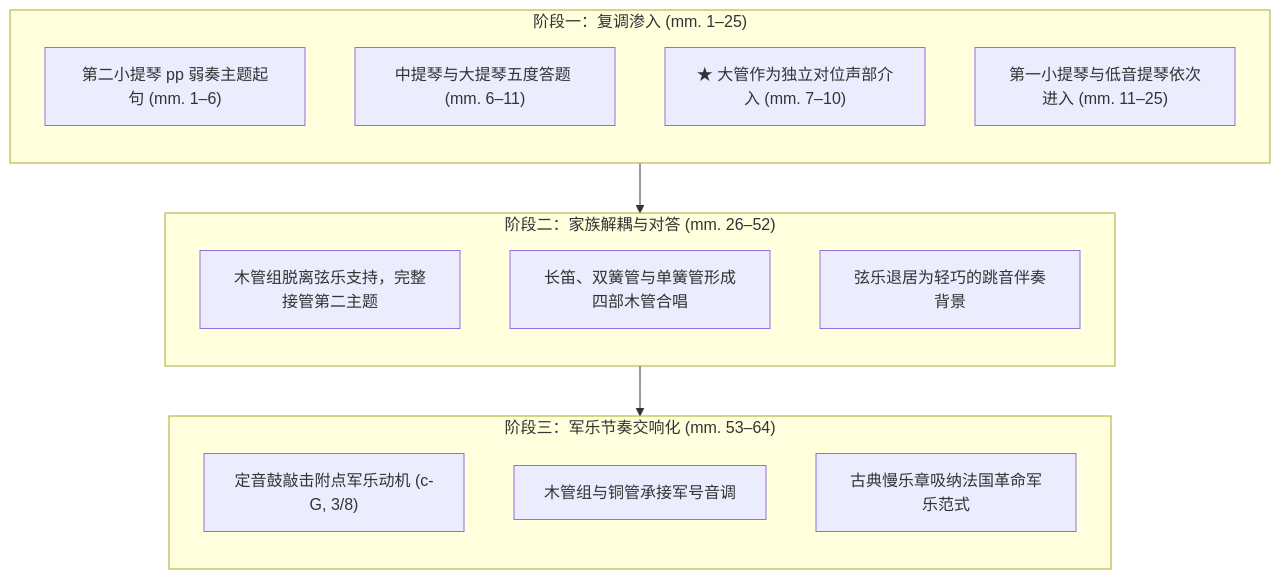
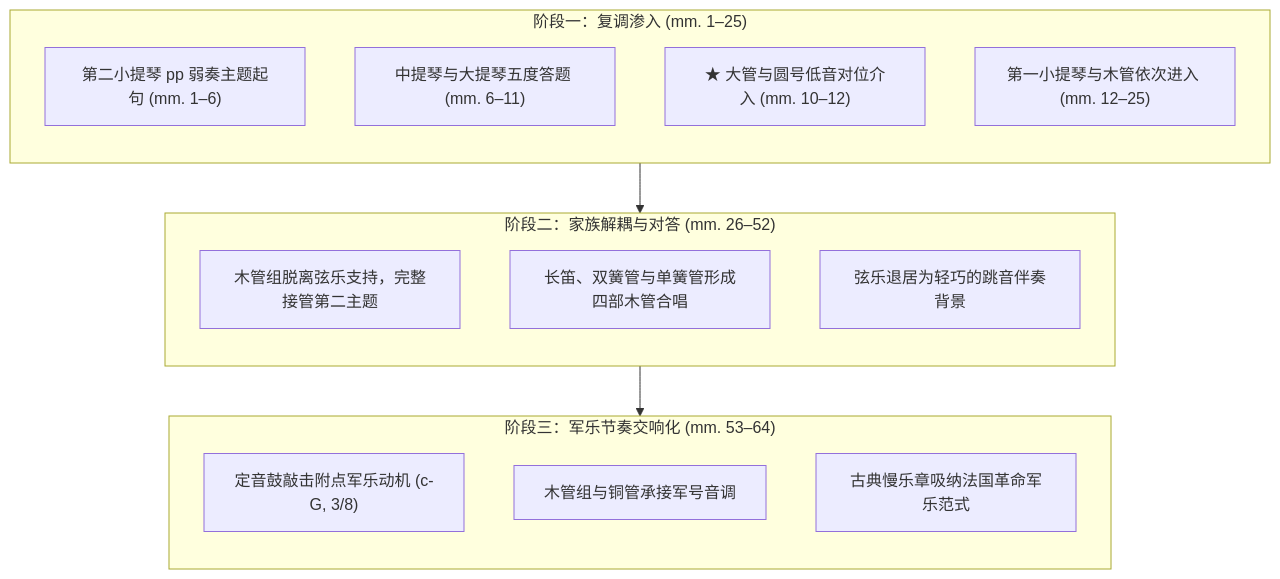
Before and after one commit to OpenCadenza/music-wiki: the diagram in content/styles/woodwind-symphonic-emancipation.md, drawn with Mermaid. The commit also changed other lines of this file and 10 other files, not shown here.

````diff
--- a/content/styles/woodwind-symphonic-emancipation.md
+++ b/content/styles/woodwind-symphonic-emancipation.md
@@ -50,26 +50,26 @@
 ```mermaid
 flowchart TD
     subgraph S1 ["阶段一：复调渗入 (mm. 1–25)"]
         direction TB
         S1_A["第二小提琴 pp 弱奏主题起句 (mm. 1–6)"]
         S1_B["中提琴与大提琴五度答题 (mm. 6–11)"]
-        S1_C["★ 大管作为独立对位声部介入 (mm. 7–10)"]
-        S1_D["第一小提琴与低音提琴依次进入 (mm. 11–25)"]
+        S1_C["★ 大管与圆号低音对位介入 (mm. 10–12)"]
+        S1_D["第一小提琴与木管依次进入 (mm. 12–25)"]
     end
 
     subgraph S2 ["阶段二：家族解耦与对答 (mm. 26–52)"]
         direction TB
         S2_A["木管组脱离弦乐支持，完整接管第二主题"]
         S2_B["长笛、双簧管与单簧管形成四部木管合唱"]
         S2_C["弦乐退居为轻巧的跳音伴奏背景"]
     end
 
     subgraph S3 ["阶段三：军乐节奏交响化 (mm. 53–64)"]
         direction TB
         S3_A["定音鼓敲击附点军乐动机 (c-G, 3/8)"]
         S3_B["木管组与铜管承接军号音调"]
         S3_C["古典慢乐章吸纳法国革命军乐范式"]
     end
 
     S1 --> S2 --> S3
 ```
````
